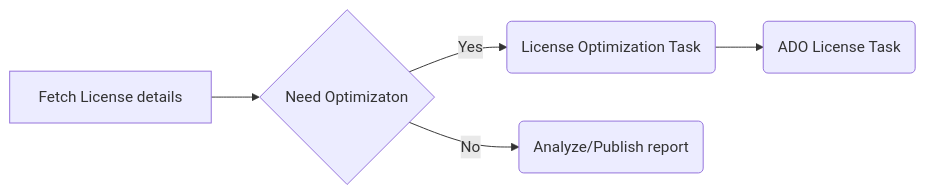
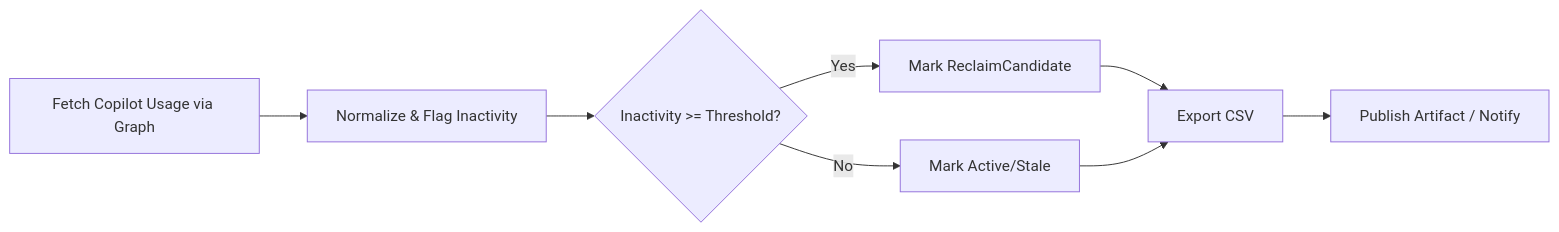
Before and after one commit to aammirmirzaPublishedExtensions/ADOLicenseManagementTask: the diagram in O365CopilotLicenseOptimizationTask/readme.md, drawn with Mermaid. The commit also changed other lines of this file, not shown here.

````diff
--- a/O365CopilotLicenseOptimizationTask/readme.md
+++ b/O365CopilotLicenseOptimizationTask/readme.md
@@ -118,7 +197,10 @@
 ```mermaid
-graph LR
-A[Fetch License details] --> B{Need Optimizaton}
-B -- Yes --> C(License Optimization Task)
-B -- No --> D(Analyze/Publish report)
-C --> E(ADO License Task)
+flowchart LR
+A[Fetch Copilot Usage via Graph] --> B[Normalize & Flag Inactivity]
+B --> C{Inactivity >= Threshold?}
+C -- Yes --> D[Mark ReclaimCandidate]
+C -- No --> E[Mark Active/Stale]
+D --> F[Export CSV]
+E --> F[Export CSV]
+F --> G[Publish Artifact / Notify]
 ```
````
